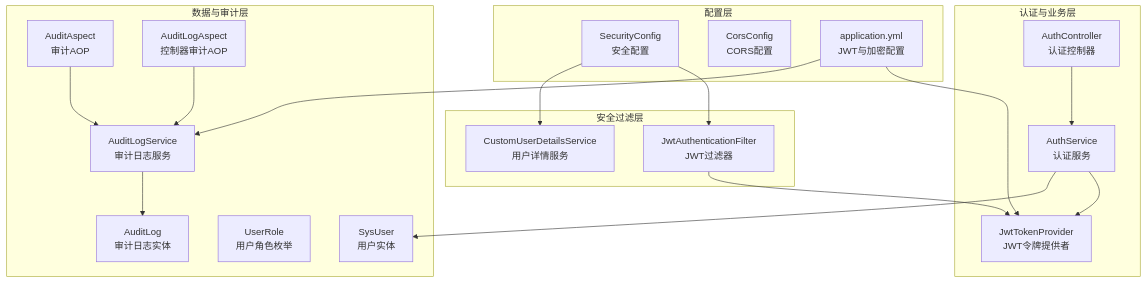
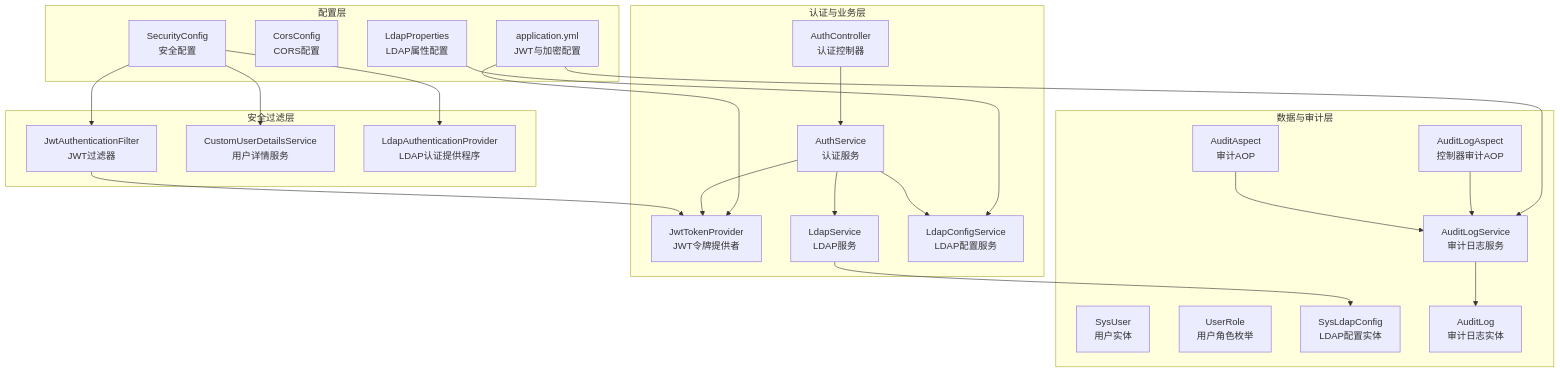
Before and after one commit to zzjxmy/mysql-risk-filed-check: the first of 10 diagrams in .qoder/repowiki/zh/content/安全与认证/安全与认证.md, drawn with Mermaid. The commit also changed other lines of this file and 8 other files, not shown here.

````diff
--- a/.qoder/repowiki/zh/content/安全与认证/安全与认证.md
+++ b/.qoder/repowiki/zh/content/安全与认证/安全与认证.md
@@ -54,36 +72,45 @@
 ```mermaid
 graph TB
 subgraph "配置层"
 SC["SecurityConfig<br/>安全配置"]
 CC["CorsConfig<br/>CORS配置"]
+LP["LdapProperties<br/>LDAP属性配置"]
 YML["application.yml<br/>JWT与加密配置"]
 end
 subgraph "安全过滤层"
 JAF["JwtAuthenticationFilter<br/>JWT过滤器"]
 CUDS["CustomUserDetailsService<br/>用户详情服务"]
+LAP["LdapAuthenticationProvider<br/>LDAP认证提供程序"]
 end
 subgraph "认证与业务层"
 AC["AuthController<br/>认证控制器"]
 AS["AuthService<br/>认证服务"]
 JT["JwtTokenProvider<br/>JWT令牌提供者"]
+LS["LdapService<br/>LDAP服务"]
+LCS["LdapConfigService<br/>LDAP配置服务"]
 end
 subgraph "数据与审计层"
 SU["SysUser<br/>用户实体"]
 UR["UserRole<br/>用户角色枚举"]
+SLC["SysLdapConfig<br/>LDAP配置实体"]
 AL["AuditLog<br/>审计日志实体"]
 ALS["AuditLogService<br/>审计日志服务"]
 AA["AuditAspect<br/>审计AOP"]
 ALA["AuditLogAspect<br/>控制器审计AOP"]
 end
 SC --> JAF
 SC --> CUDS
+SC --> LAP
 JAF --> JT
 AC --> AS
 AS --> JT
-AS --> SU
+AS --> LS
+AS --> LCS
+LS --> SLC
 ALS --> AL
 AA --> ALS
 ALA --> ALS
 YML --> JT
 YML --> ALS
+LP --> LCS
 ```
````
